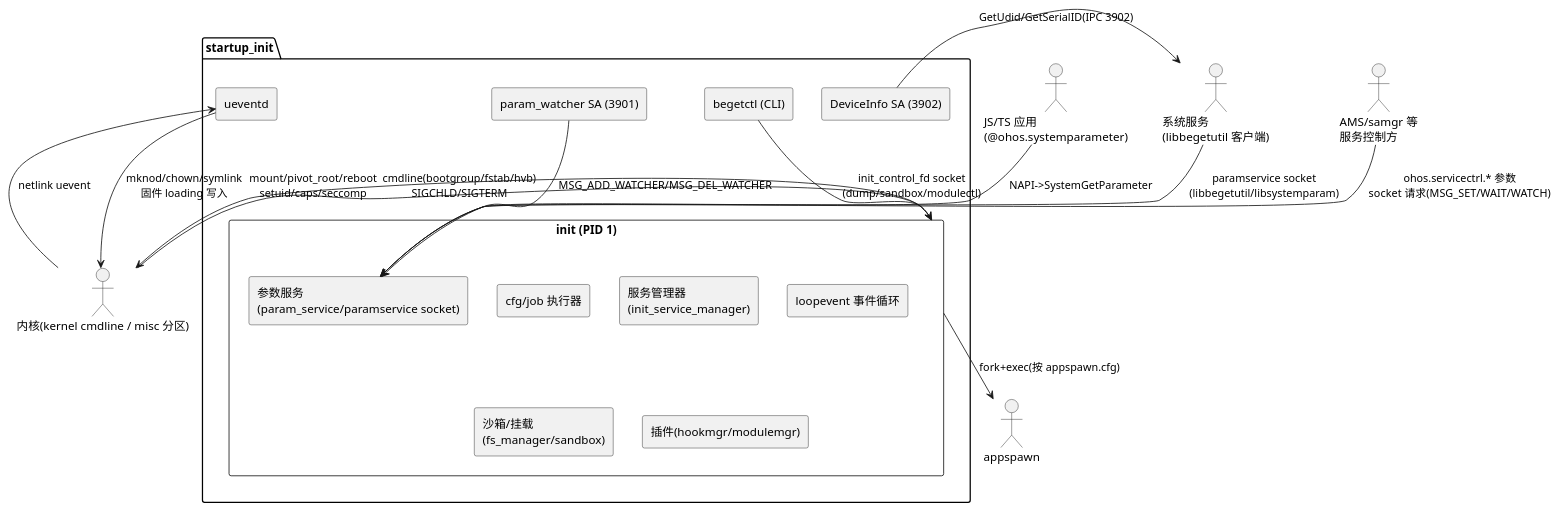
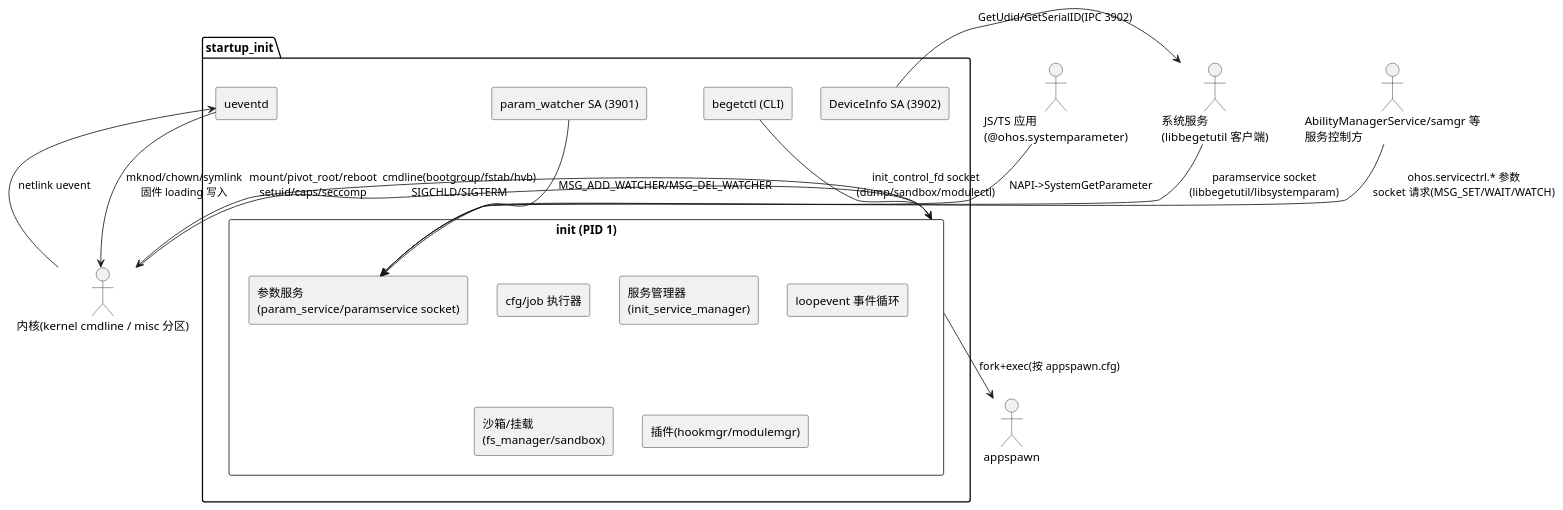
Before and after one commit to eclipse-oniro-mirrors/startup_init: the diagram in docs/knowledge/business-context.md, drawn with PlantUML. The commit also changed other lines of this file and 5 other files, not shown here.

````diff
--- a/docs/knowledge/business-context.md
+++ b/docs/knowledge/business-context.md
@@ -30,36 +30,36 @@
 ```plantuml
 @startuml
 skinparam componentStyle rectangle
 actor "内核(kernel cmdline / misc 分区)" as kernel
 package "startup_init" {
   component "init (PID 1)" as init {
     component "cfg/job 执行器" as jobs
     component "服务管理器\n(init_service_manager)" as svmgr
     component "参数服务\n(param_service/paramservice socket)" as paramsvc
     component "loopevent 事件循环" as loop
     component "沙箱/挂载\n(fs_manager/sandbox)" as sbx
     component "插件(hookmgr/modulemgr)" as plugins
   }
   component "ueventd" as ueventd
   component "begetctl (CLI)" as begetctl
   component "DeviceInfo SA (3902)" as dinfo
   component "param_watcher SA (3901)" as pw
 }
 actor "系统服务\n(libbegetutil 客户端)" as clients
-actor "AMS/samgr 等\n服务控制方" as ctl
+actor "AbilityManagerService/samgr 等\n服务控制方" as ctl
 actor "appspawn" as appspawn
 actor "JS/TS 应用\n(@ohos.systemparameter)" as js
 
 kernel --> init : cmdline(bootgroup/fstab/hvb)\nSIGCHLD/SIGTERM
 kernel --> ueventd : netlink uevent
 ueventd --> kernel : mknod/chown/symlink\n固件 loading 写入
 init --> appspawn : fork+exec(按 appspawn.cfg)
 ctl --> paramsvc : ohos.servicectrl.* 参数\nsocket 请求(MSG_SET/WAIT/WATCH)
 clients --> paramsvc : paramservice socket\n(libbegetutil/libsystemparam)
 js --> paramsvc : NAPI->SystemGetParameter
 begetctl --> init : init_control_fd socket\n(dump/sandbox/modulectl)
 pw --> paramsvc : MSG_ADD_WATCHER/MSG_DEL_WATCHER
 dinfo --> clients : GetUdid/GetSerialID(IPC 3902)
 init --> kernel : mount/pivot_root/reboot\nsetuid/caps/seccomp
 @enduml
 ```
````
